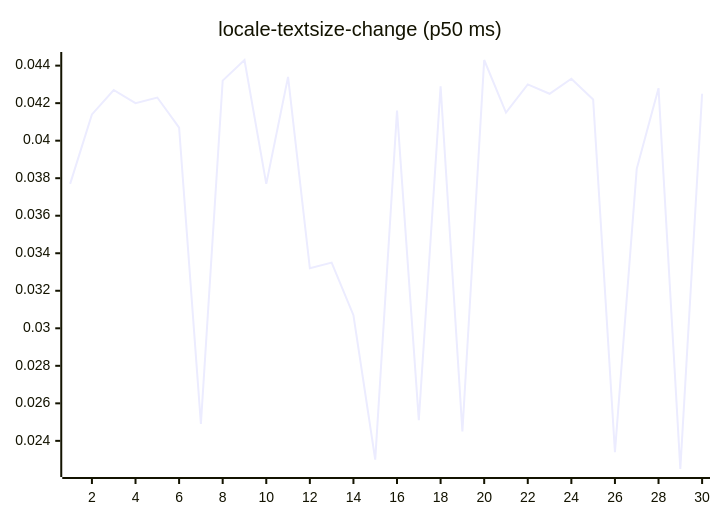
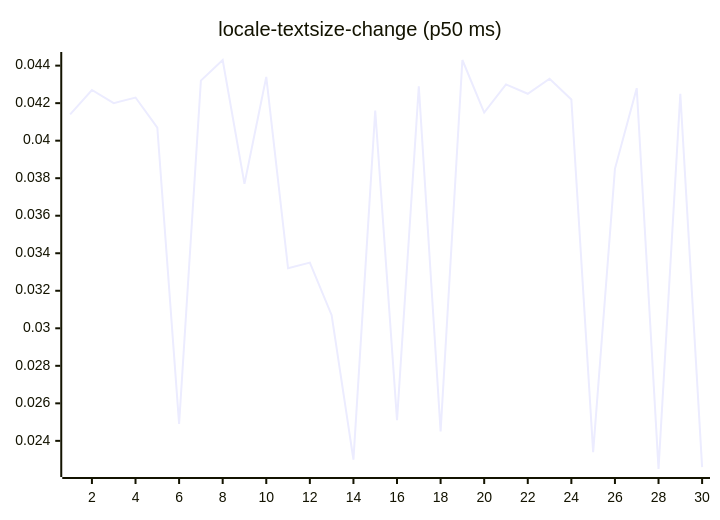
Before and after one commit to josha/Facet: diagram 13 of 27 in README.md, drawn with Mermaid. The commit also changed other lines of this file and 2 other files, not shown here.

````diff
--- a/README.md
+++ b/README.md
@@ -147,6 +147,6 @@
 ```mermaid
 xychart-beta
     title "locale-textsize-change (p50 ms)"
     x-axis 1 --> 30
-    line [0.0377, 0.0414, 0.0427, 0.0420, 0.0423, 0.0407, 0.0249, 0.0432, 0.0443, 0.0377, 0.0434, 0.0332, 0.0335, 0.0307, 0.0230, 0.0416, 0.0251, 0.0429, 0.0245, 0.0443, 0.0415, 0.0430, 0.0425, 0.0433, 0.0422, 0.0234, 0.0385, 0.0428, 0.0225, 0.0425]
+    line [0.0414, 0.0427, 0.0420, 0.0423, 0.0407, 0.0249, 0.0432, 0.0443, 0.0377, 0.0434, 0.0332, 0.0335, 0.0307, 0.0230, 0.0416, 0.0251, 0.0429, 0.0245, 0.0443, 0.0415, 0.0430, 0.0425, 0.0433, 0.0422, 0.0234, 0.0385, 0.0428, 0.0225, 0.0425, 0.0226]
 ```
````
